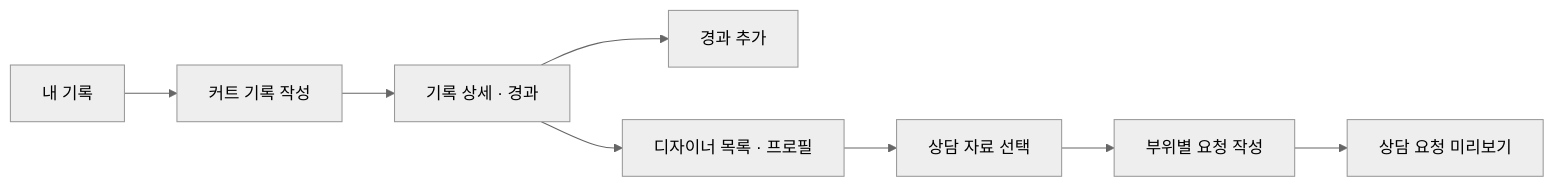
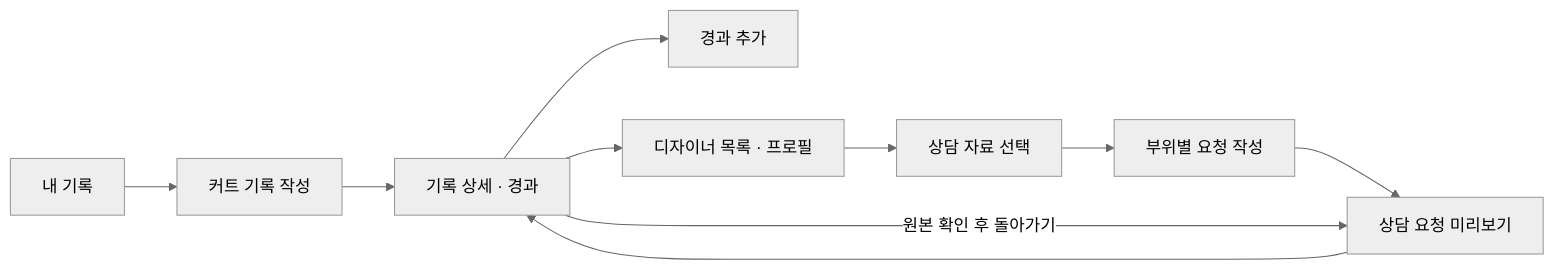
One commit to 8192KB/SALU changed the diagram in docs/prototype-plan.md. Above: the diagram before and after it, drawn with Mermaid (neutral theme). The commit also changed other lines of this file and 5 other files, not shown here.

````diff
--- a/docs/prototype-plan.md
+++ b/docs/prototype-plan.md
@@ -26,10 +26,12 @@
 ```mermaid
 flowchart LR
     A[내 기록] --> B[커트 기록 작성]
     B --> C[기록 상세 · 경과]
     C --> D[경과 추가]
     C --> E[디자이너 목록 · 프로필]
     E --> F[상담 자료 선택]
     F --> G[부위별 요청 작성]
     G --> H[상담 요청 미리보기]
+    H --> C
+    C -->|원본 확인 후 돌아가기| H
 ```
````
